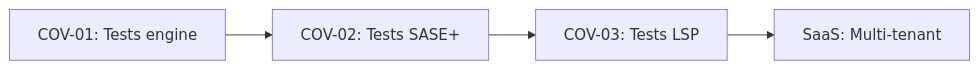
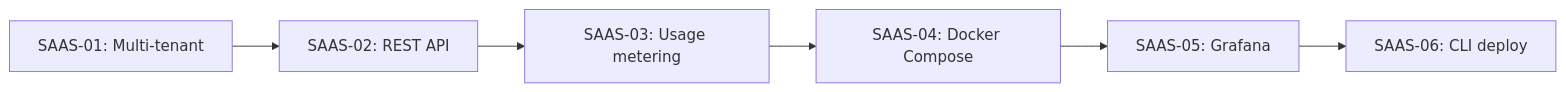
One commit to varpulis/varpulis changed the diagram in docs/development/KANBAN.md. Above: the diagram before and after it, drawn with Mermaid. The commit also changed other lines of this file and 10 other files, not shown here.

First line of the commit message:
feat: add multi-tenant SaaS infrastructure

````diff
--- a/docs/development/KANBAN.md
+++ b/docs/development/KANBAN.md
@@ -996,6 +1115,8 @@
 ```mermaid
 graph LR
-    COV01[COV-01: Tests engine] --> COV02[COV-02: Tests SASE+]
-    COV02 --> COV03[COV-03: Tests LSP]
-    COV03 --> SAAS01[SaaS: Multi-tenant]
+    SAAS01[SAAS-01: Multi-tenant] --> SAAS02[SAAS-02: REST API]
+    SAAS02 --> SAAS03[SAAS-03: Usage metering]
+    SAAS03 --> SAAS04[SAAS-04: Docker Compose]
+    SAAS04 --> SAAS05[SAAS-05: Grafana]
+    SAAS05 --> SAAS06[SAAS-06: CLI deploy]
 ```
````
